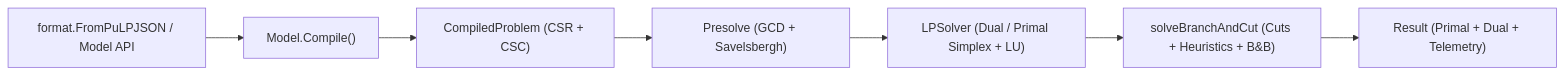
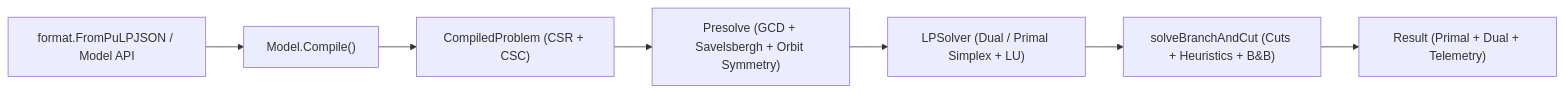
One commit to paulourio/goblin changed the diagram in docs/index.md. Above: the diagram before and after it, drawn with Mermaid. The commit also changed other lines of this file and 10 other files, not shown here.

First line of the commit message:
perf(solver): add orbit symmetry breaking, one-sided c-MIR, cut purging, and hint-driven LU solves

````diff
--- a/docs/index.md
+++ b/docs/index.md
@@ -9,9 +9,9 @@
 ```mermaid
 flowchart LR
     A["format.FromPuLPJSON / Model API"] --> B["Model.Compile()"]
     B --> C["CompiledProblem (CSR + CSC)"]
-    C --> D["Presolve (GCD + Savelsbergh)"]
+    C --> D["Presolve (GCD + Savelsbergh + Orbit Symmetry)"]
     D --> E["LPSolver (Dual / Primal Simplex + LU)"]
     E --> F["solveBranchAndCut (Cuts + Heuristics + B&B)"]
     F --> G["Result (Primal + Dual + Telemetry)"]
 ```
````
